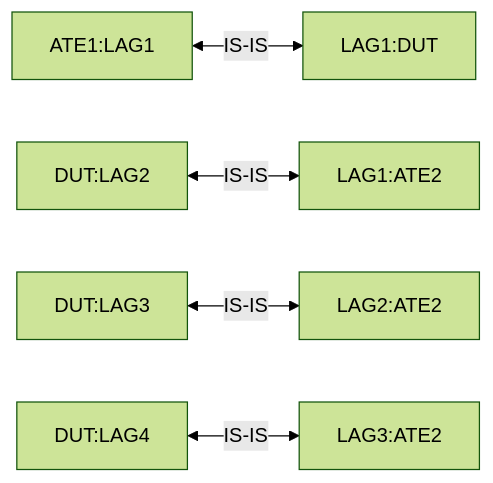
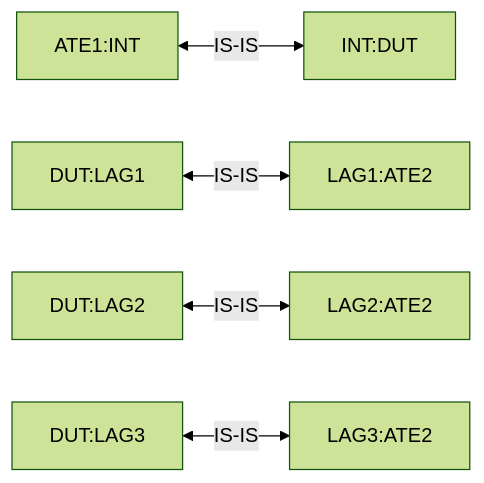
The diagram in feature/isis/otg_tests/weighted_ecmp_test/README.md (openconfig/featureprofiles), drawn with Mermaid (forest theme) before and after one commit. The commit also changed other lines of this file and 1 other file, not shown here.

````diff
--- a/feature/isis/otg_tests/weighted_ecmp_test/README.md
+++ b/feature/isis/otg_tests/weighted_ecmp_test/README.md
@@ -22,7 +22,7 @@
 ```mermaid
 graph LR;
-A[ATE1:LAG1] <-- IS-IS --> B[LAG1:DUT];
-C[DUT:LAG2] <-- IS-IS --> D[LAG1:ATE2];
-E[DUT:LAG3] <-- IS-IS --> F[LAG2:ATE2];
-G[DUT:LAG4] <-- IS-IS --> H[LAG3:ATE2];
+A[ATE1:INT] <-- IS-IS --> B[INT:DUT];
+C[DUT:LAG1] <-- IS-IS --> D[LAG1:ATE2];
+E[DUT:LAG2] <-- IS-IS --> F[LAG2:ATE2];
+G[DUT:LAG3] <-- IS-IS --> H[LAG3:ATE2];
 ```
````
